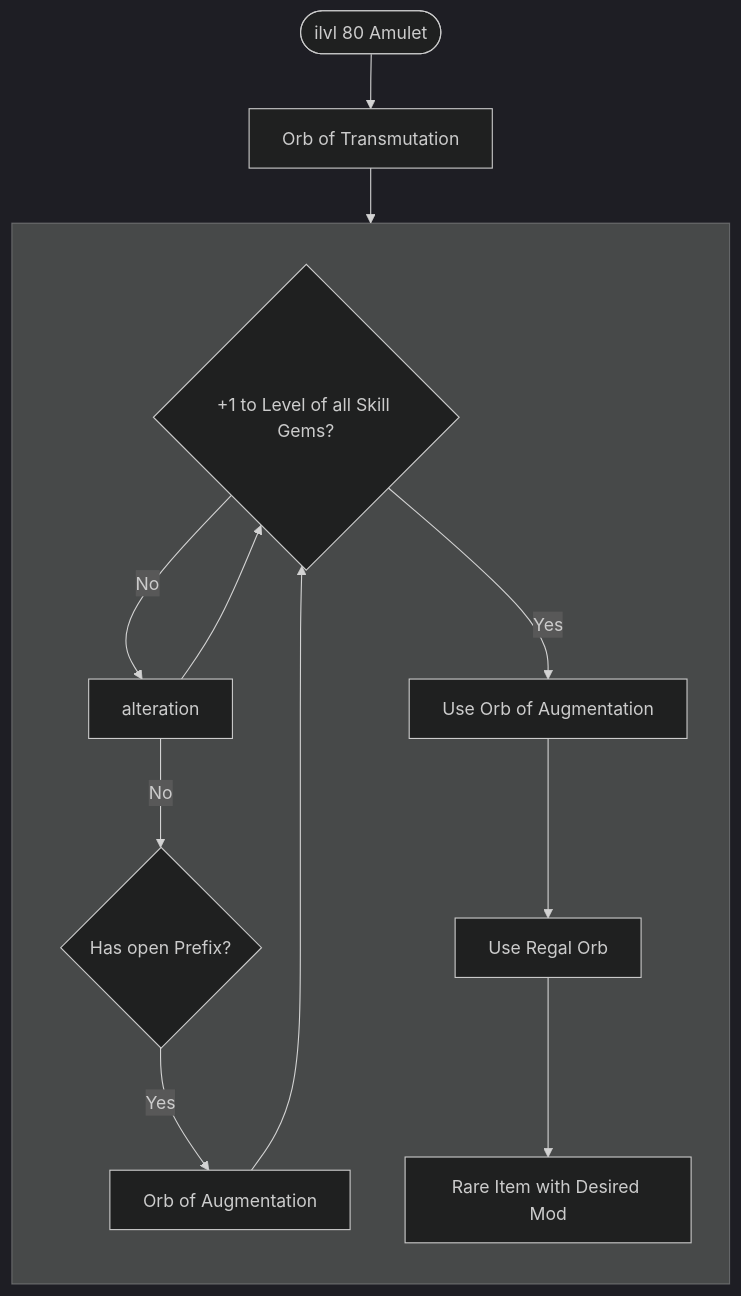
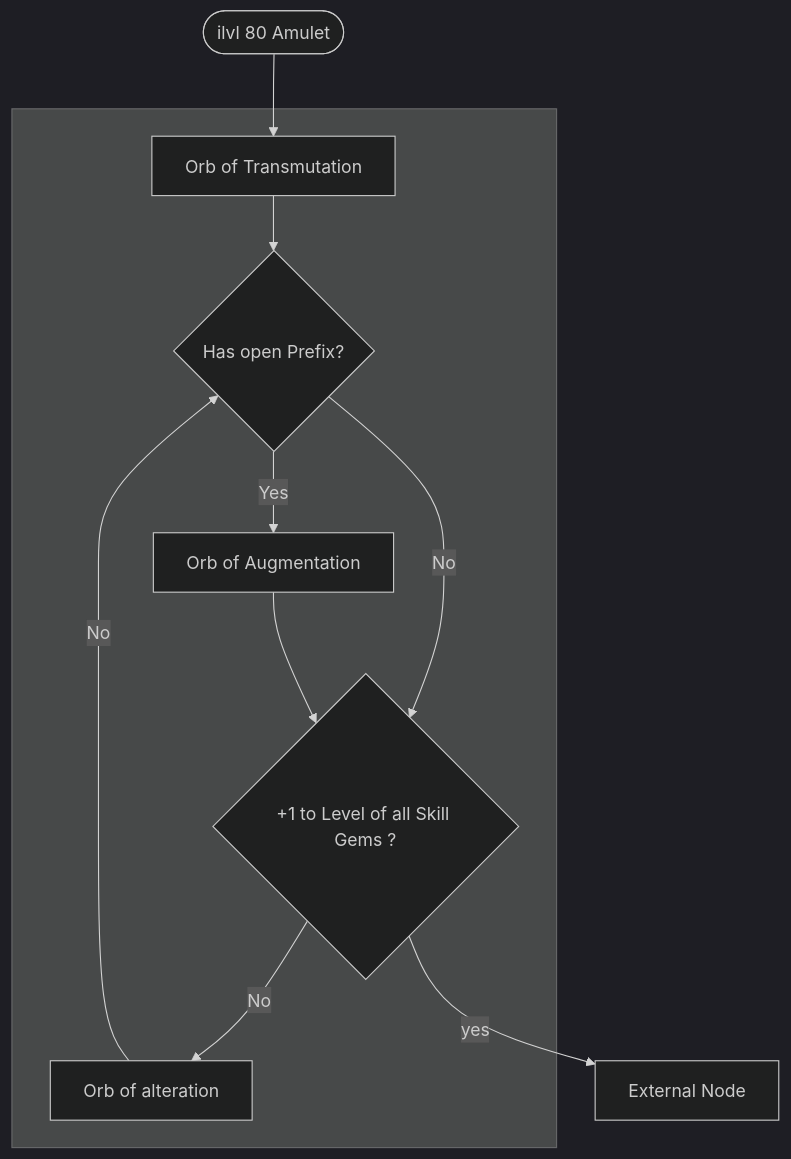
Before and after one commit to Aelphaeis/poe-recipes: the diagram in chaos_damage_life_amulet.md, drawn with Mermaid (dark theme).

````diff
--- a/chaos_damage_life_amulet.md
+++ b/chaos_damage_life_amulet.md
@@ -1,17 +1,14 @@
 ```mermaid
 flowchart TD
-    start([ilvl 80 Amulet]) --> transmutation[Orb of Transmutation]
-    transmutation --> check
+  start([ilvl 80 Amulet]) --> transmutation
+  subgraph alt_spam[" "]
+    transmutation["Orb of Transmutation"] --> open_prefix{Has open Prefix?}
+    open_prefix --> |Yes| augmentation["Orb of Augmentation"]
+    open_prefix --> |No| magic_prefix_check{+1 to Level of all Skill Gems ?}
+    augmentation --> magic_prefix_check
+    magic_prefix_check --> |No| alteration["Orb of alteration"]
+    alteration --> |No| open_prefix
+  end
 
-    subgraph alt_spam[" "]
-    direction TB
-      alteration --> check{+1 to Level of all Skill Gems?}
-      alteration --> |No| open_magic_prefix{Has open Prefix?}
-      open_magic_prefix --> |Yes| augmentation[Orb of Augmentation]
-      augmentation --> check
-      check --> |No| alteration
-      check --> |Yes| augment[Use Orb of Augmentation]
-      augment --> regal[Use Regal Orb]
-      regal --> result[Rare Item with Desired Mod]
-    end
+magic_prefix_check --> |yes| external_node["External Node"]
 ```
````
